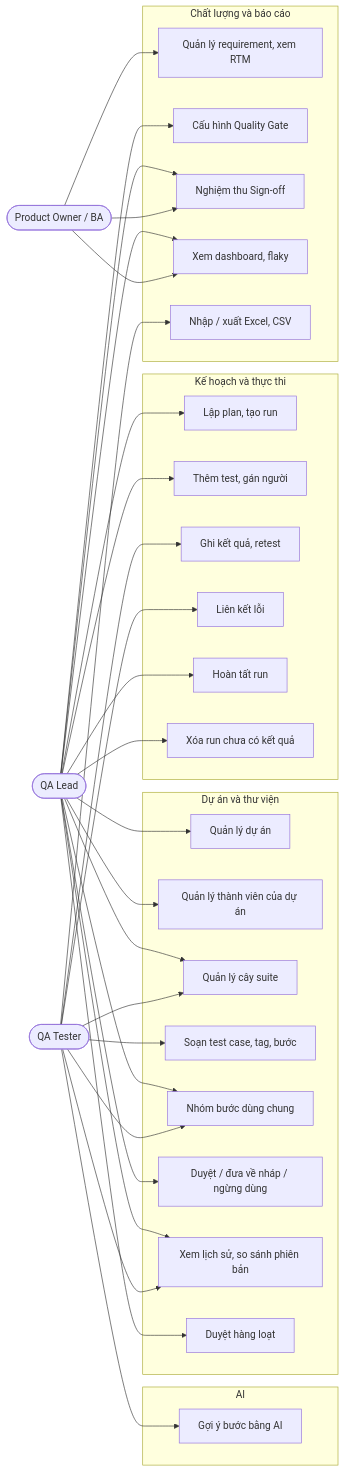
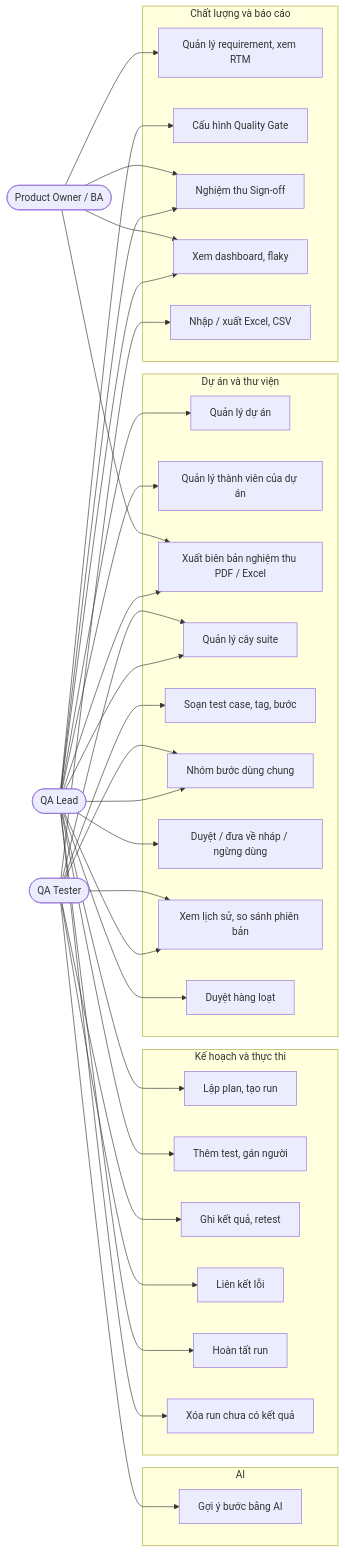
One commit to Huyit2k5/testcase_manager changed diagram 19 of 21 in BUSINESS_ANALYSIS_TEST_CASE_MANAGEMENT.md. Above: the diagram before and after it, drawn with Mermaid. The commit also changed other lines of this file and 46 other files, not shown here.

First line of the commit message:
Export the sign-off report as PDF or Excel, and add guide lessons 13-15 (Phase 31)

````diff
--- a/BUSINESS_ANALYSIS_TEST_CASE_MANAGEMENT.md
+++ b/BUSINESS_ANALYSIS_TEST_CASE_MANAGEMENT.md
@@ -595,39 +596,40 @@
 ```mermaid
 flowchart LR
     QL(["QA Lead"])
     QT(["QA Tester"])
     PO(["Product Owner / BA"])
 
     subgraph PRJ["Dự án và thư viện"]
         U1["Quản lý dự án"]
         U20["Quản lý thành viên của dự án"]
+        U21["Xuất biên bản nghiệm thu PDF / Excel"]
         U2["Quản lý cây suite"]
         U3["Soạn test case, tag, bước"]
         U4["Nhóm bước dùng chung"]
         U5["Duyệt / đưa về nháp / ngừng dùng"]
         U17["Xem lịch sử, so sánh phiên bản"]
         U19["Duyệt hàng loạt"]
     end
     subgraph EXE["Kế hoạch và thực thi"]
         U6["Lập plan, tạo run"]
         U7["Thêm test, gán người"]
         U8["Ghi kết quả, retest"]
         U9["Liên kết lỗi"]
         U10["Hoàn tất run"]
         U18["Xóa run chưa có kết quả"]
     end
     subgraph QUA["Chất lượng và báo cáo"]
         U11["Quản lý requirement, xem RTM"]
         U12["Cấu hình Quality Gate"]
         U13["Nghiệm thu Sign-off"]
         U14["Xem dashboard, flaky"]
         U15["Nhập / xuất Excel, CSV"]
     end
     subgraph AUT["AI"]
         U16["Gợi ý bước bằng AI"]
     end
 
-    QL --> U1 & U2 & U4 & U5 & U6 & U7 & U10 & U12 & U13 & U14 & U17 & U18 & U19 & U20
+    QL --> U1 & U2 & U4 & U5 & U6 & U7 & U10 & U12 & U13 & U14 & U17 & U18 & U19 & U20 & U21
     QT --> U2 & U3 & U4 & U8 & U9 & U15 & U16 & U17
-    PO --> U11 & U13 & U14
+    PO --> U11 & U13 & U14 & U21
 ```
````
